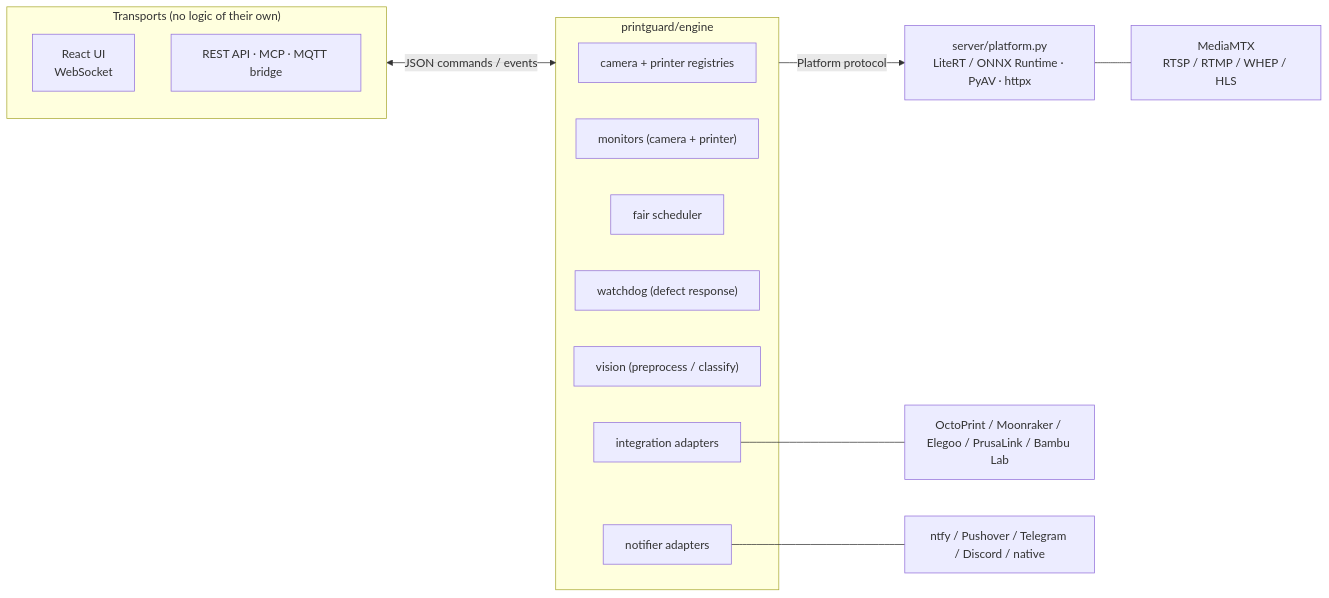
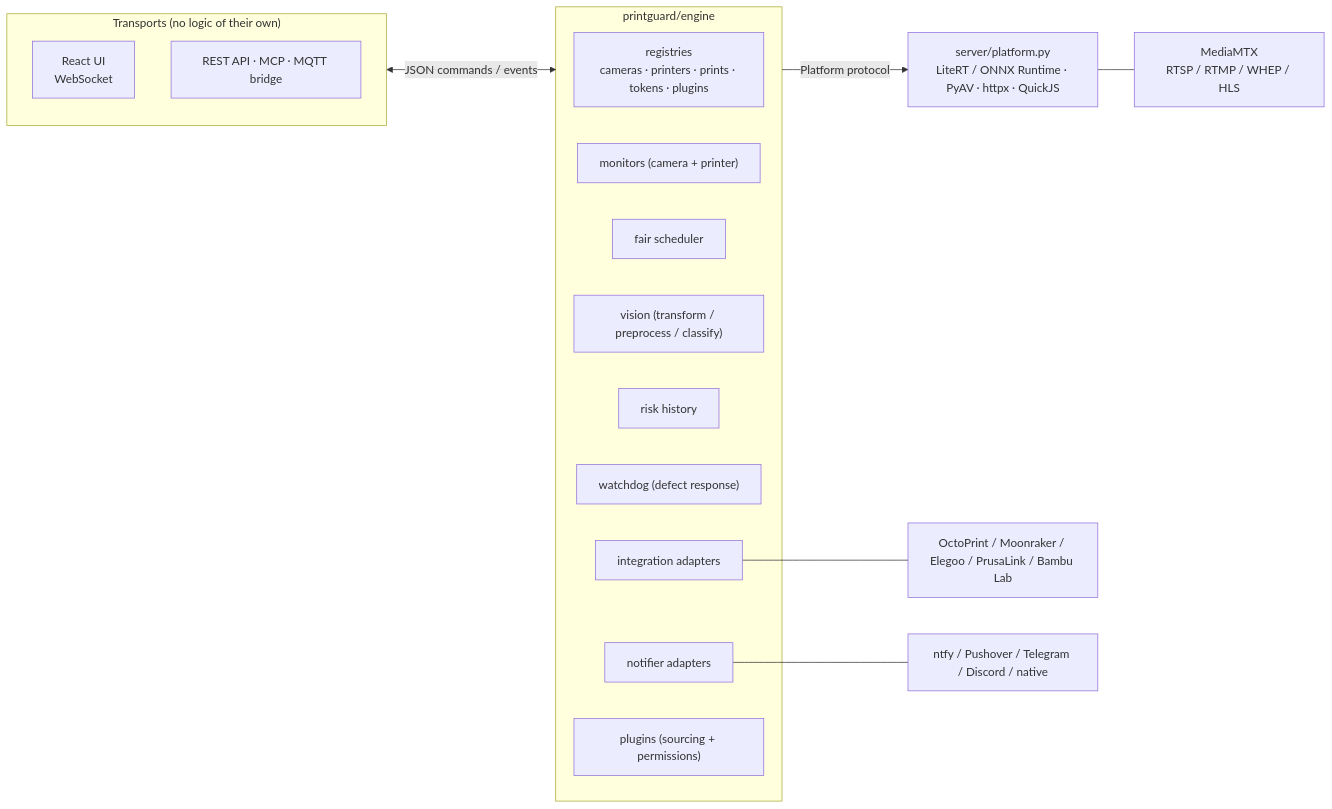
The first of 5 diagrams in docs/architecture.md (oliverbravery/PrintGuard), drawn with Mermaid before and after one commit. The commit also changed other lines of this file, not shown here.

Commit message:
Reorder the architecture page around the detection path and complete its command, event and platform tables

````diff
--- a/docs/architecture.md
+++ b/docs/architecture.md
@@ -30,25 +33,27 @@
 ```mermaid
 flowchart LR
     subgraph transports["Transports (no logic of their own)"]
         ui["React UI<br/>WebSocket"]
         surface["REST API · MCP · MQTT bridge"]
     end
 
     transports <-- "JSON commands / events" --> engine
 
     subgraph engine["printguard/engine"]
-        registry["camera + printer registries"]
+        registry["registries<br/>cameras · printers · prints · tokens · plugins"]
         monitors["monitors (camera + printer)"]
         scheduler["fair scheduler"]
+        vision["vision (transform / preprocess / classify)"]
+        history["risk history"]
         watchdog["watchdog (defect response)"]
-        vision["vision (preprocess / classify)"]
         integrations["integration adapters"]
         notifiers["notifier adapters"]
+        plugins["plugins (sourcing + permissions)"]
     end
 
-    engine -- "Platform protocol" --> server["server/platform.py<br/>LiteRT / ONNX Runtime · PyAV · httpx"]
+    engine -- "Platform protocol" --> server["server/platform.py<br/>LiteRT / ONNX Runtime · PyAV · httpx · QuickJS"]
 
     server --- mediamtx["MediaMTX<br/>RTSP / RTMP / WHEP / HLS"]
     integrations --- printersvc["OctoPrint / Moonraker / Elegoo / PrusaLink / Bambu Lab"]
     notifiers --- push["ntfy / Pushover / Telegram / Discord / native"]
 ```
````
